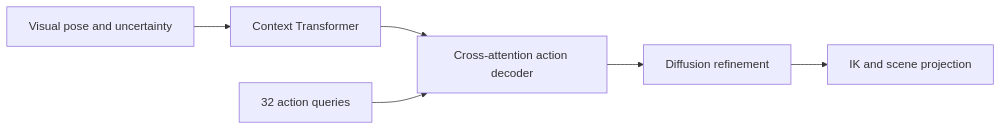
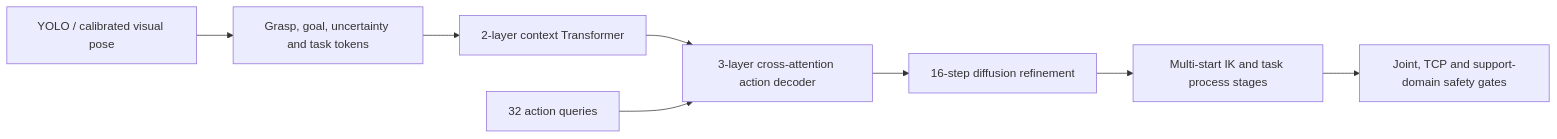
The diagram in README.md (1830051801-ux/embodied-arm-learning), drawn with Mermaid before and after one commit. The commit also changed other lines of this file and 7 other files, not shown here.

Commit message:
Add multi-task factory-cell transformer benchmark

````diff
--- a/README.md
+++ b/README.md
@@ -19,8 +40,10 @@
 ```mermaid
 flowchart LR
-    V["Visual pose and uncertainty"] --> C["Context Transformer"]
-    C --> A["Cross-attention action decoder"]
+    V["YOLO / calibrated visual pose"] --> C["Grasp, goal, uncertainty and task tokens"]
+    C --> E["2-layer context Transformer"]
+    E --> A["3-layer cross-attention action decoder"]
     Q["32 action queries"] --> A
-    A --> D["Diffusion refinement"]
-    D --> S["IK and scene projection"]
+    A --> D["16-step diffusion refinement"]
+    D --> P["Multi-start IK and task process stages"]
+    P --> S["Joint, TCP and support-domain safety gates"]
 ```
````
